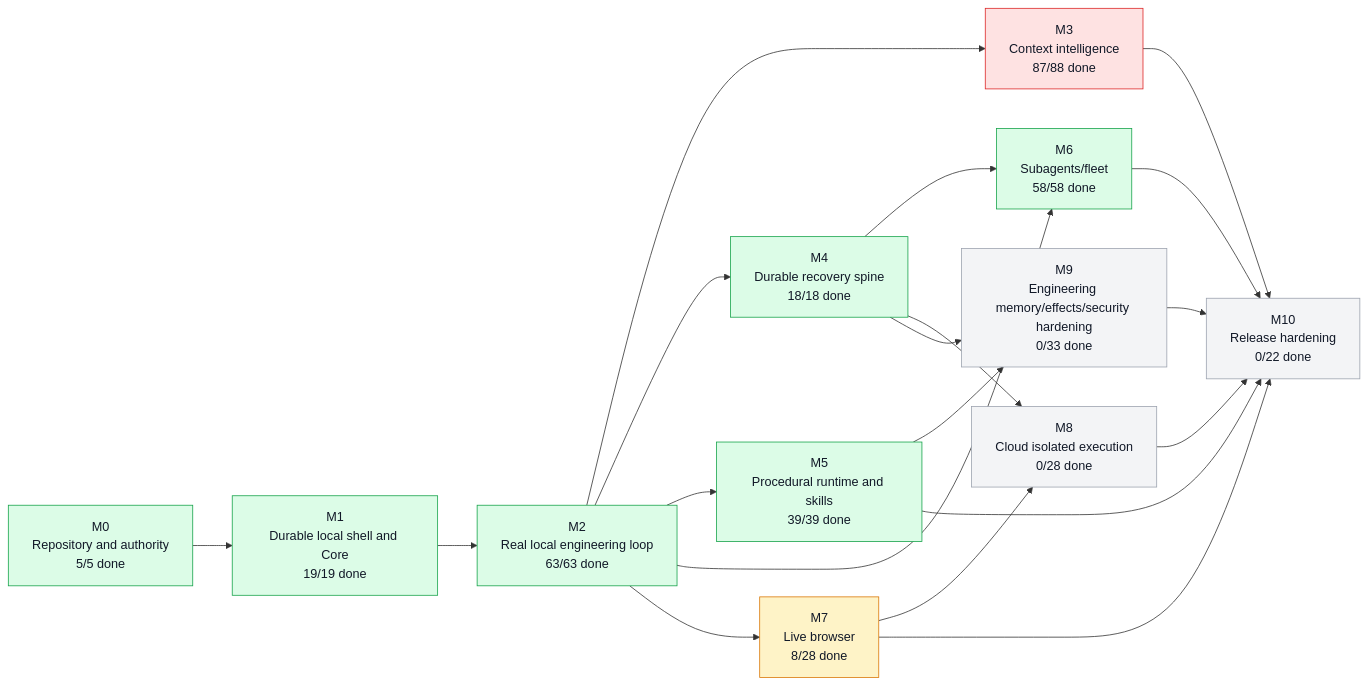
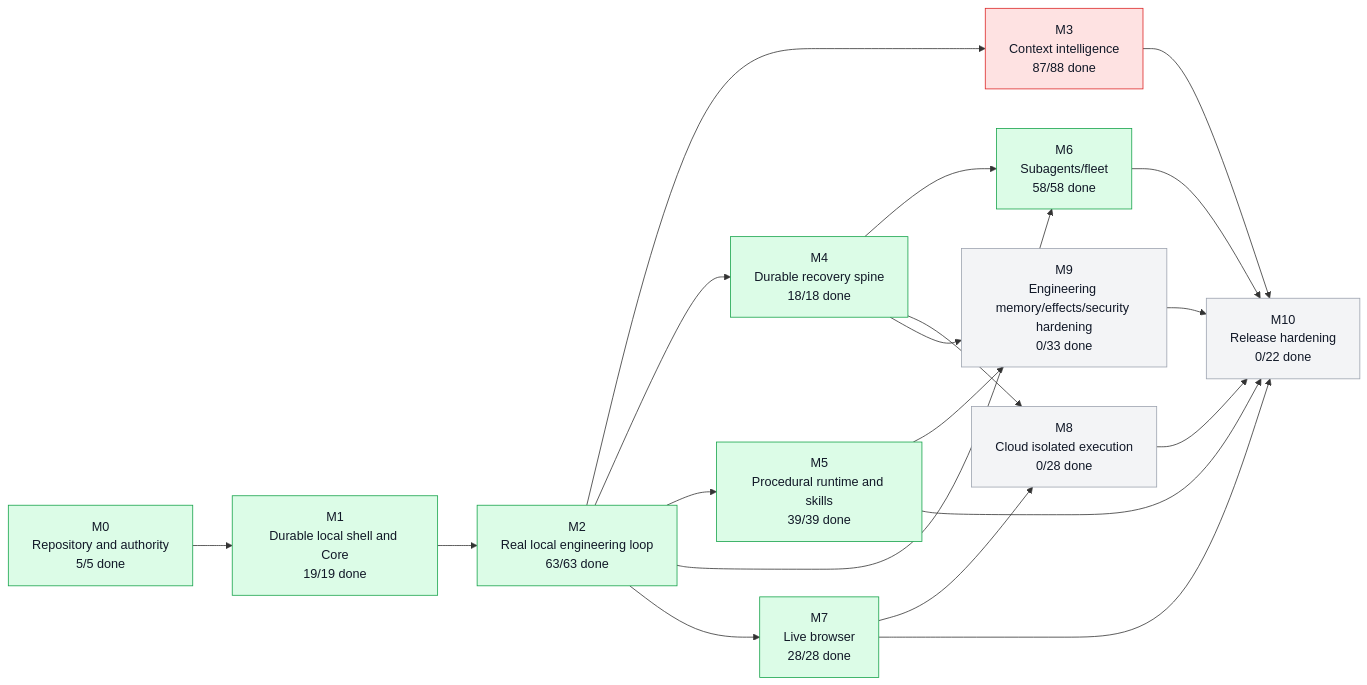
The first of 5 diagrams in graph/PROJECT_GRAPH.md (moss101/modbit), drawn with Mermaid before and after one commit. The commit also changed other lines of this file and 44 other files, not shown here.

````diff
--- a/graph/PROJECT_GRAPH.md
+++ b/graph/PROJECT_GRAPH.md
@@ -57,43 +57,43 @@
 ```mermaid
 flowchart LR
   M0["M0<br/>Repository and authority<br/>5/5 done"]
   M1["M1<br/>Durable local shell and Core<br/>19/19 done"]
   M2["M2<br/>Real local engineering loop<br/>63/63 done"]
   M3["M3<br/>Context intelligence<br/>87/88 done"]
   M4["M4<br/>Durable recovery spine<br/>18/18 done"]
   M5["M5<br/>Procedural runtime and skills<br/>39/39 done"]
   M6["M6<br/>Subagents/fleet<br/>58/58 done"]
-  M7["M7<br/>Live browser<br/>8/28 done"]
+  M7["M7<br/>Live browser<br/>28/28 done"]
   M8["M8<br/>Cloud isolated execution<br/>0/28 done"]
   M9["M9<br/>Engineering memory/effects/security hardening<br/>0/33 done"]
   M10["M10<br/>Release hardening<br/>0/22 done"]
   M0 --> M1
   M1 --> M2
   M2 --> M3
   M2 --> M4
   M2 --> M5
   M2 --> M6
   M4 --> M6
   M2 --> M7
   M4 --> M8
   M7 --> M8
   M4 --> M9
   M5 --> M9
   M3 --> M10
   M5 --> M10
   M6 --> M10
   M7 --> M10
   M8 --> M10
   M9 --> M10
   style M0 fill:#dcfce7,stroke:#16a34a,color:#111827
   style M1 fill:#dcfce7,stroke:#16a34a,color:#111827
   style M2 fill:#dcfce7,stroke:#16a34a,color:#111827
   style M3 fill:#fee2e2,stroke:#dc2626,color:#111827
   style M4 fill:#dcfce7,stroke:#16a34a,color:#111827
   style M5 fill:#dcfce7,stroke:#16a34a,color:#111827
   style M6 fill:#dcfce7,stroke:#16a34a,color:#111827
-  style M7 fill:#fef3c7,stroke:#d97706,color:#111827
+  style M7 fill:#dcfce7,stroke:#16a34a,color:#111827
   style M8 fill:#f3f4f6,stroke:#9ca3af,color:#111827
   style M9 fill:#f3f4f6,stroke:#9ca3af,color:#111827
   style M10 fill:#f3f4f6,stroke:#9ca3af,color:#111827
 ```
````
